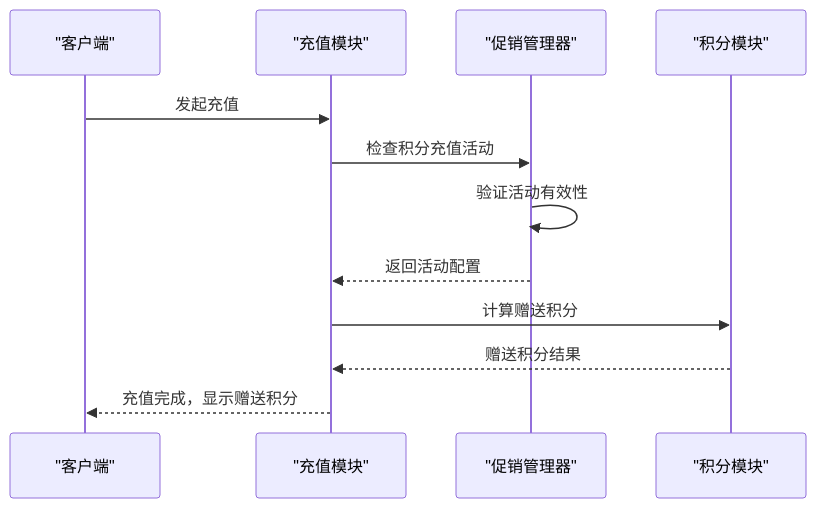
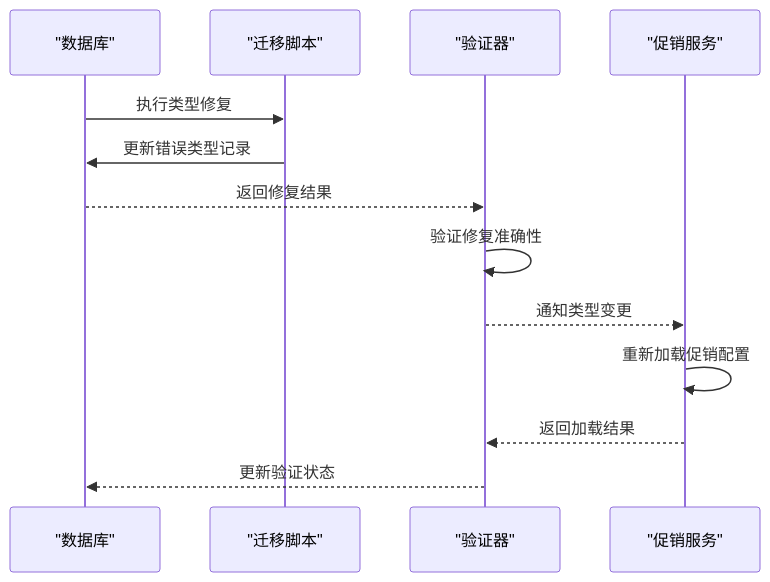
Before and after one commit to rc558620/purelyprofit-server: diagram 15 of 24 in .qoder/repowiki/zh/content/业务模块/营销推广模块/营销推广模块.md, drawn with Mermaid. The commit also changed other lines of this file and 19 other files, not shown here.

````diff
--- a/.qoder/repowiki/zh/content/业务模块/营销推广模块/营销推广模块.md
+++ b/.qoder/repowiki/zh/content/业务模块/营销推广模块/营销推广模块.md
@@ -625,14 +708,15 @@
 ```mermaid
 sequenceDiagram
-participant Client as "客户端"
-participant Recharge as "充值模块"
-participant PromotionMgr as "促销管理器"
-participant Points as "积分模块"
-Client->>Recharge : 发起充值
-Recharge->>PromotionMgr : 检查积分充值活动
-PromotionMgr->>PromotionMgr : 验证活动有效性
-PromotionMgr-->>Recharge : 返回活动配置
-Recharge->>Points : 计算赠送积分
-Points-->>Recharge : 赠送积分结果
-Recharge-->>Client : 充值完成，显示赠送积分
+participant DB as "数据库"
+participant Migration as "迁移脚本"
+participant Validator as "验证器"
+participant PromotionService as "促销服务"
+DB->>Migration : 执行类型修复
+Migration->>DB : 更新错误类型记录
+DB-->>Validator : 返回修复结果
+Validator->>Validator : 验证修复准确性
+Validator-->>PromotionService : 通知类型变更
+PromotionService->>PromotionService : 重新加载促销配置
+PromotionService-->>Validator : 返回加载结果
+Validator-->>DB : 更新验证状态
 ```
````
